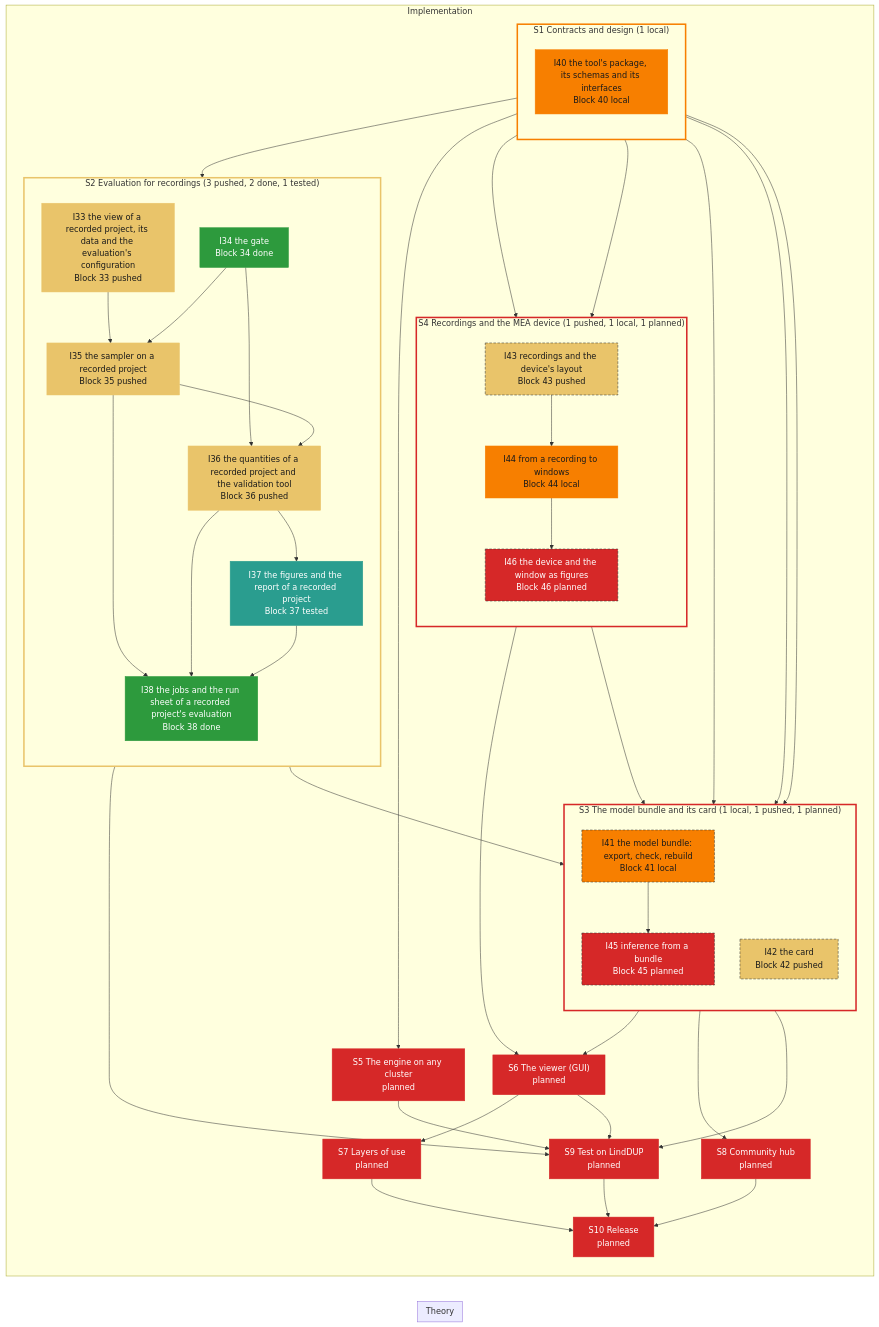
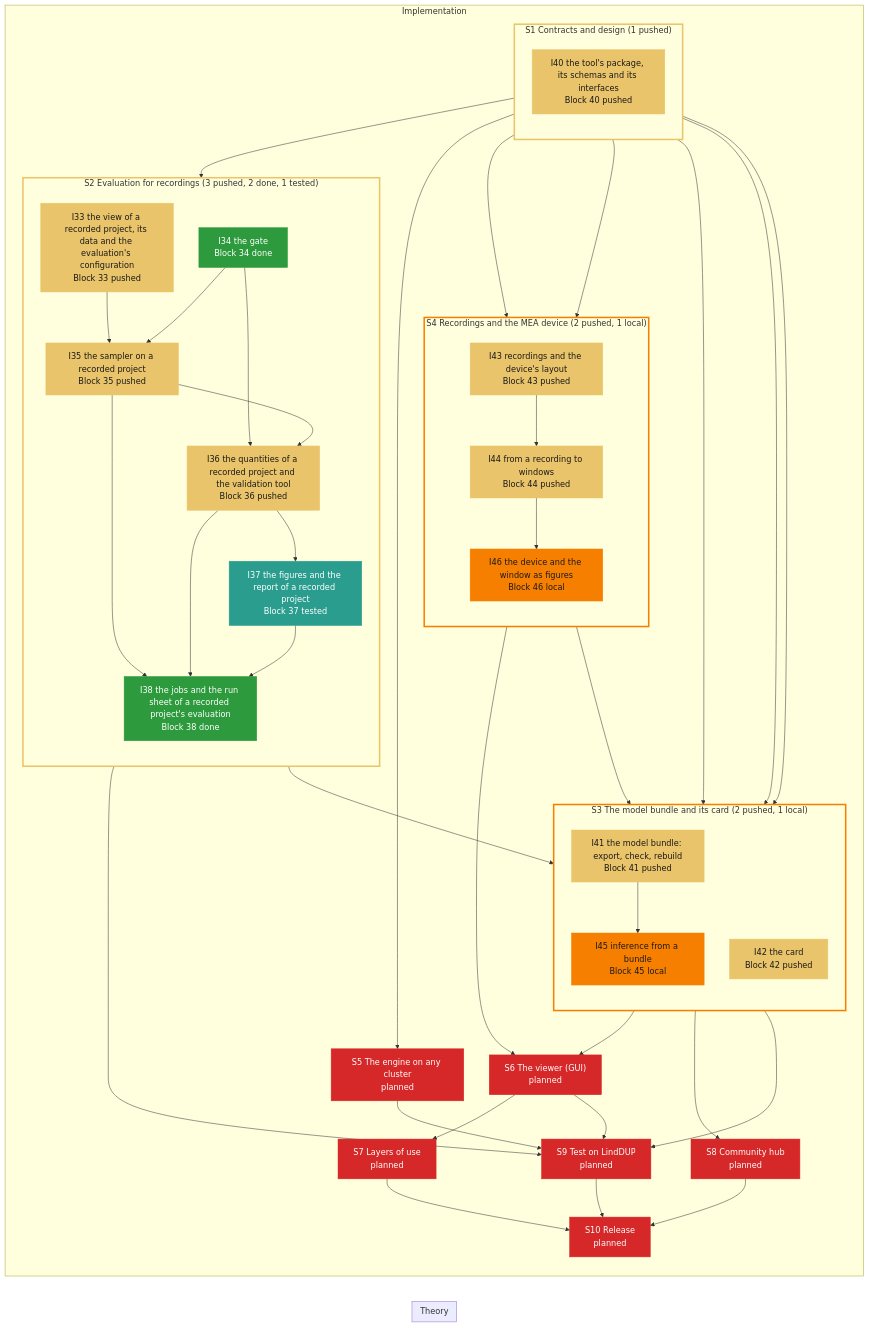
The diagram in specs/roadmap/tool.md (Leonardodm00/Simulation-Based-Inference), drawn with Mermaid before and after one commit. The commit also changed other lines of this file, not shown here.

Commit message:
roadmap: tool re-rendered after wave C
Claude-Session: https://claude.ai/code/session_015FuK9waJUq8JtaZq99jETA

````diff
--- a/specs/roadmap/tool.md
+++ b/specs/roadmap/tool.md
@@ -21,9 +21,9 @@
     end
     subgraph impl["Implementation"]
         direction TB
-        subgraph grp_S1["S1 Contracts and design (1 local)"]
+        subgraph grp_S1["S1 Contracts and design (1 pushed)"]
             direction TB
-            I40["I40 the tool's package, its schemas and its interfaces<br/>Block 40 local"]:::local
+            I40["I40 the tool's package, its schemas and its interfaces<br/>Block 40 pushed"]:::pushed
         end
         subgraph grp_S2["S2 Evaluation for recordings (3 pushed, 2 done, 1 tested)"]
             direction TB
@@ -34,17 +34,17 @@
             I37["I37 the figures and the report of a recorded project<br/>Block 37 tested"]:::tested
             I38["I38 the jobs and the run sheet of a recorded project's evaluation<br/>Block 38 done"]:::done
         end
-        subgraph grp_S3["S3 The model bundle and its card (1 local, 1 pushed, 1 planned)"]
+        subgraph grp_S3["S3 The model bundle and its card (2 pushed, 1 local)"]
             direction TB
-            I41["I41 the model bundle: export, check, rebuild<br/>Block 41 local"]:::local
+            I41["I41 the model bundle: export, check, rebuild<br/>Block 41 pushed"]:::pushed
             I42["I42 the card<br/>Block 42 pushed"]:::pushed
-            I45["I45 inference from a bundle<br/>Block 45 planned"]:::planned
+            I45["I45 inference from a bundle<br/>Block 45 local"]:::local
         end
-        subgraph grp_S4["S4 Recordings and the MEA device (1 pushed, 1 local, 1 planned)"]
+        subgraph grp_S4["S4 Recordings and the MEA device (2 pushed, 1 local)"]
             direction TB
             I43["I43 recordings and the device's layout<br/>Block 43 pushed"]:::pushed
-            I44["I44 from a recording to windows<br/>Block 44 local"]:::local
-            I46["I46 the device and the window as figures<br/>Block 46 planned"]:::planned
+            I44["I44 from a recording to windows<br/>Block 44 pushed"]:::pushed
+            I46["I46 the device and the window as figures<br/>Block 46 local"]:::local
         end
         S5["S5 The engine on any cluster<br/>planned"]:::planned
         S6["S6 The viewer (GUI)<br/>planned"]:::planned
@@ -84,9 +84,8 @@
         I44 --> I45
         I44 --> I46
     end
-    class I41,I42,I43,I45,I46 blocked
-    style grp_S1 stroke:#f77f00,stroke-width:3px
+    style grp_S1 stroke:#e9c46a,stroke-width:3px
     style grp_S2 stroke:#e9c46a,stroke-width:3px
-    style grp_S3 stroke:#d62828,stroke-width:3px
-    style grp_S4 stroke:#d62828,stroke-width:3px
+    style grp_S3 stroke:#f77f00,stroke-width:3px
+    style grp_S4 stroke:#f77f00,stroke-width:3px
 ```
````
